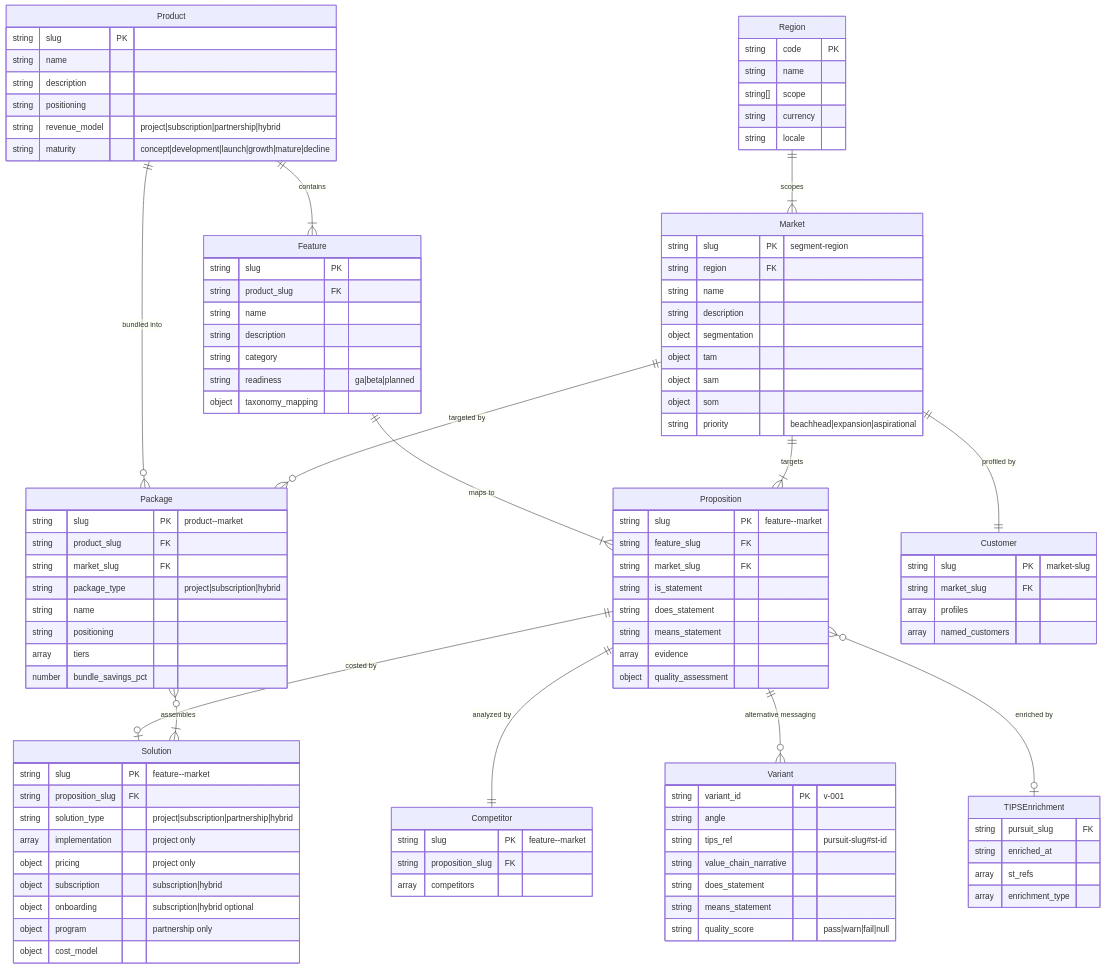
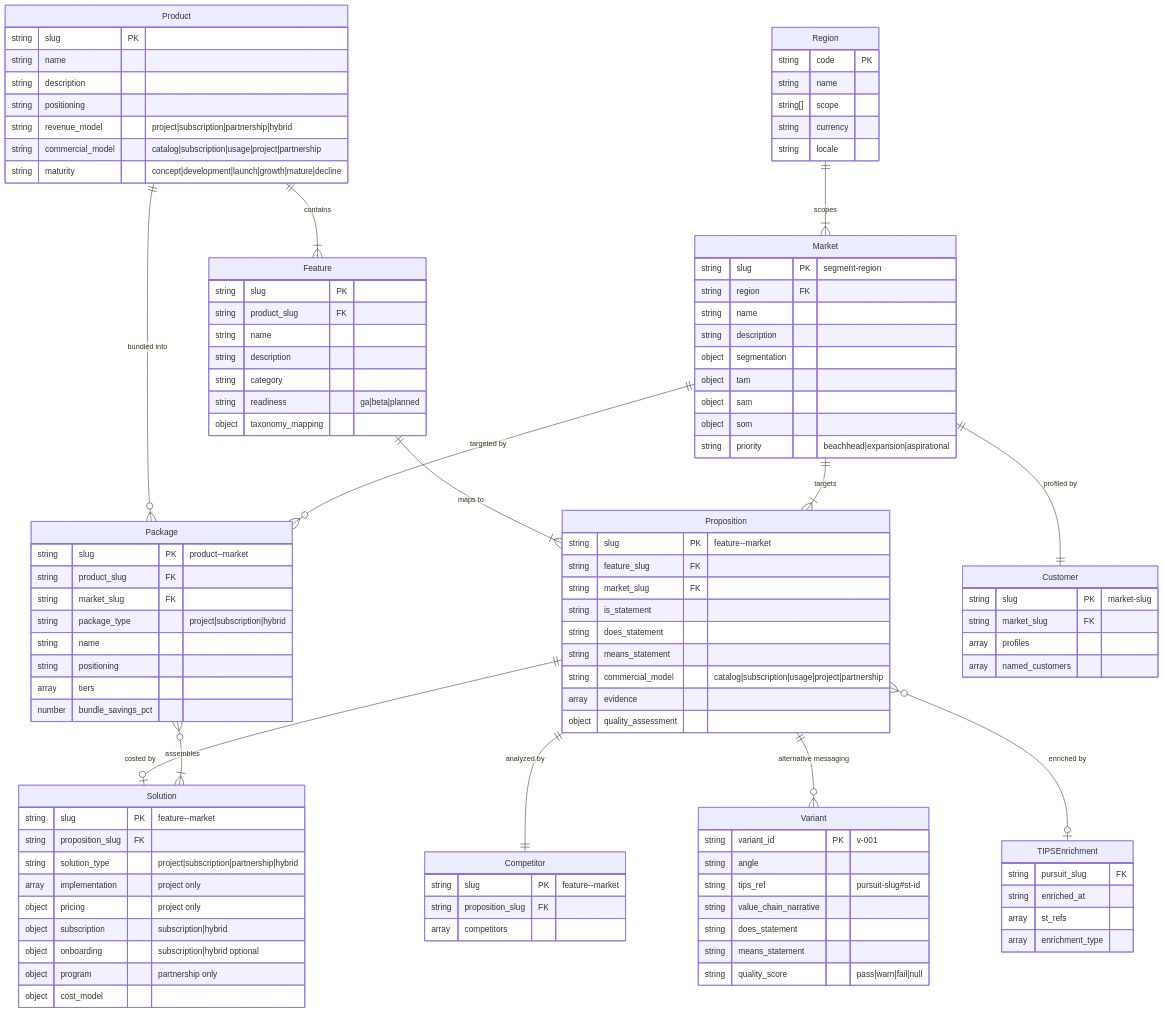
The diagram in cogni-portfolio/references/data-model.md (cogni-work/cogni-works), drawn with Mermaid before and after one commit. The commit also changed other lines of this file and 7 other files, not shown here.

First line of the commit message:
revise(cogni-portfolio): gate models-ratio on the shared set, declare commercial_model on the proposition surfaces

```diff
--- a/cogni-portfolio/references/data-model.md
+++ b/cogni-portfolio/references/data-model.md
@@ -1159,6 +1159,7 @@
         string description
         string positioning
         string revenue_model "project|subscription|partnership|hybrid"
+        string commercial_model "catalog|subscription|usage|project|partnership"
         string maturity "concept|development|launch|growth|mature|decline"
     }
     Feature {
@@ -1195,6 +1196,7 @@
         string is_statement
         string does_statement
         string means_statement
+        string commercial_model "catalog|subscription|usage|project|partnership"
         array evidence
         object quality_assessment
     }
```
